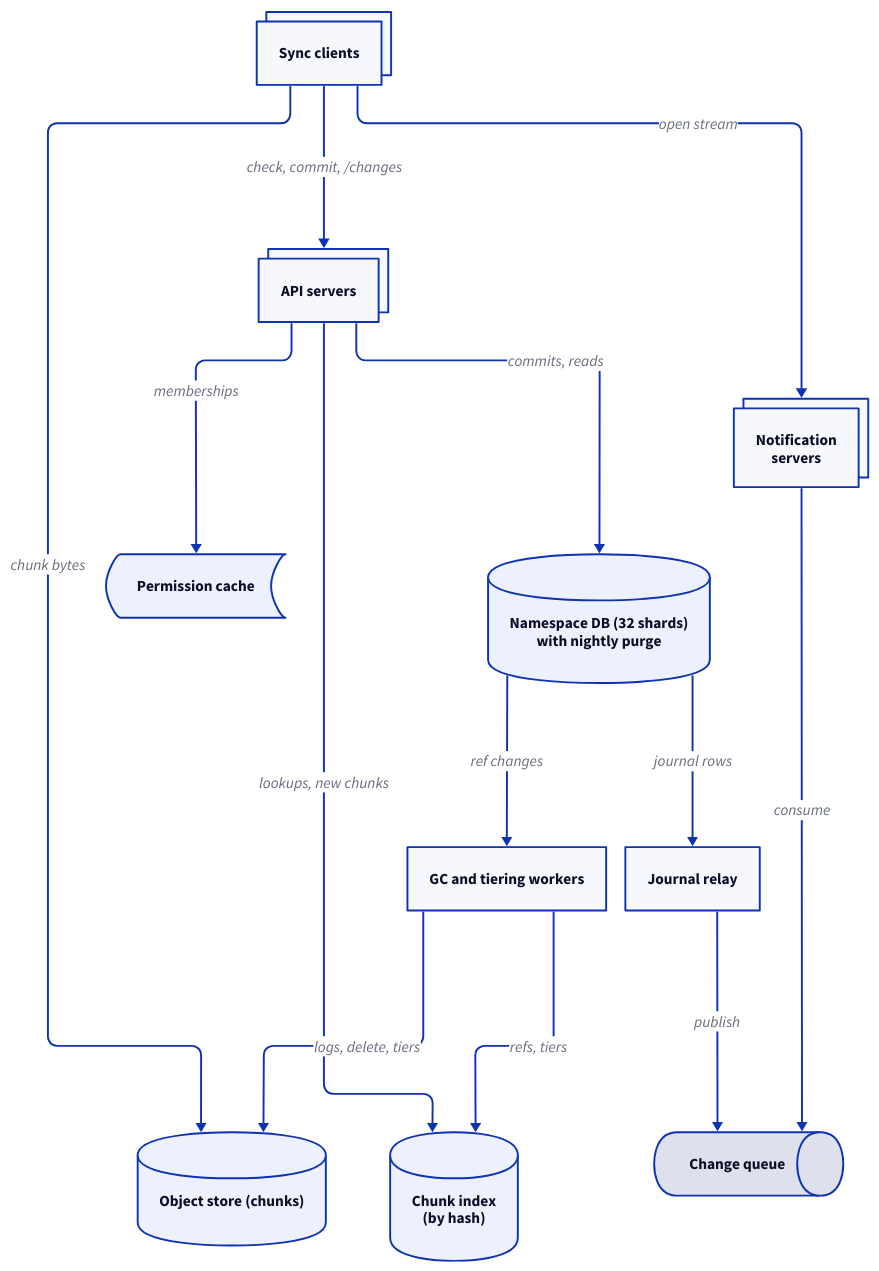
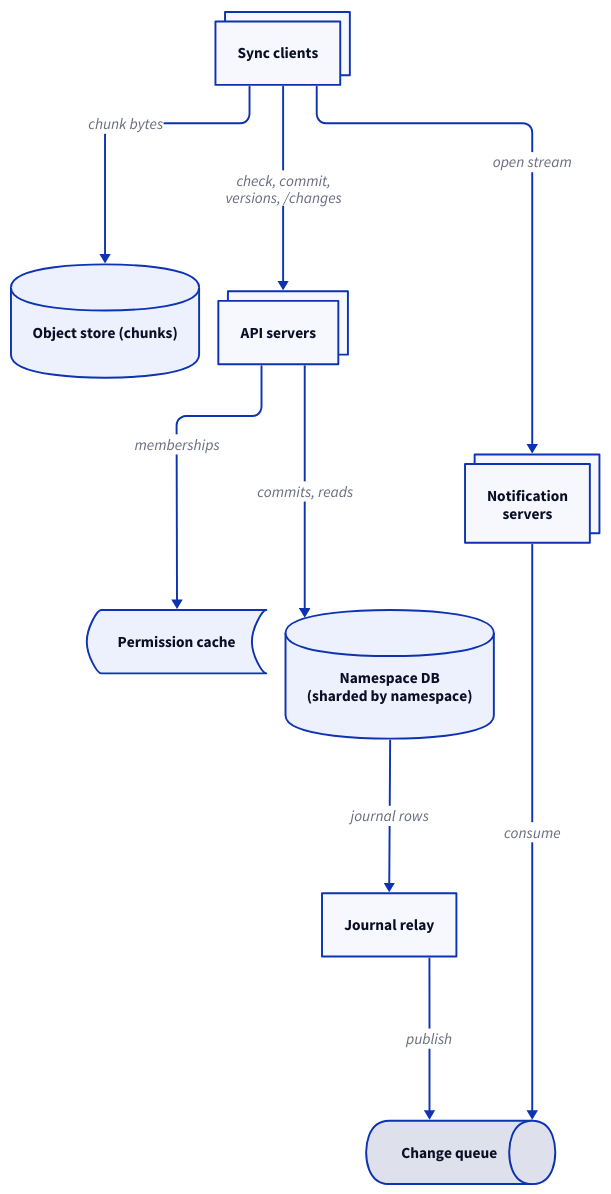
The diagram in src/system-design/diagrams/file-storage/architecture.d2 (enbattle/til), drawn with D2 before and after one commit. The commit also changed 29 other files, not shown here.

```diff
--- a/src/system-design/diagrams/file-storage/architecture.d2
+++ b/src/system-design/diagrams/file-storage/architecture.d2
@@ -1,52 +1,43 @@
 # High-level architecture of cloud file storage: metadata goes through the API
-# servers to the namespace database (split by namespace) and the chunk index
-# (split by hash), while chunk bytes go directly between clients and the object
-# store on presigned URLs. Arrows point from the side that starts a request,
-# except the two leaving the namespace database, which show journal rows and
-# chunk reference changes (including the nightly purge's) flowing out.
+# servers to the namespace database (split by namespace), while chunk bytes go
+# directly between clients and the object store on presigned URLs. Arrows point
+# from the side that starts a request, except the one leaving the namespace
+# database, which shows journal rows flowing out to the relay.
 vars: {
   d2-config: {
     layout-engine: elk
   }
 }
 direction: down
 
 client: Sync clients {
   style.multiple: true
 }
 api: API servers {
   style.multiple: true
 }
 notify: "Notification\nservers" {
   style.multiple: true
 }
 cache: Permission cache {
   shape: stored_data
 }
-db: "Namespace DB (32 shards)\nwith nightly purge" {
-  shape: cylinder
-}
-chunkidx: "Chunk index\n(by hash)" {
+db: "Namespace DB\n(sharded by namespace)" {
   shape: cylinder
 }
 relay: Journal relay
 queue: Change queue {
   shape: queue
 }
 objects: Object store (chunks) {
   shape: cylinder
 }
-workers: GC and tiering workers
 
 client -> objects: "chunk bytes"
-client -> api: "check, commit, /changes"
+client -> api: "check, commit,\nversions, /changes"
 client -> notify: "open stream"
 api -> cache: "memberships"
-api -> chunkidx: "lookups, new chunks"
 api -> db: "commits, reads"
-db -> workers: "ref changes"
 db -> relay: "journal rows"
-workers -> objects: "logs, delete, tiers"
-workers -> chunkidx: "refs, tiers"
 relay -> queue: "publish"
 notify -> queue: "consume"
```
